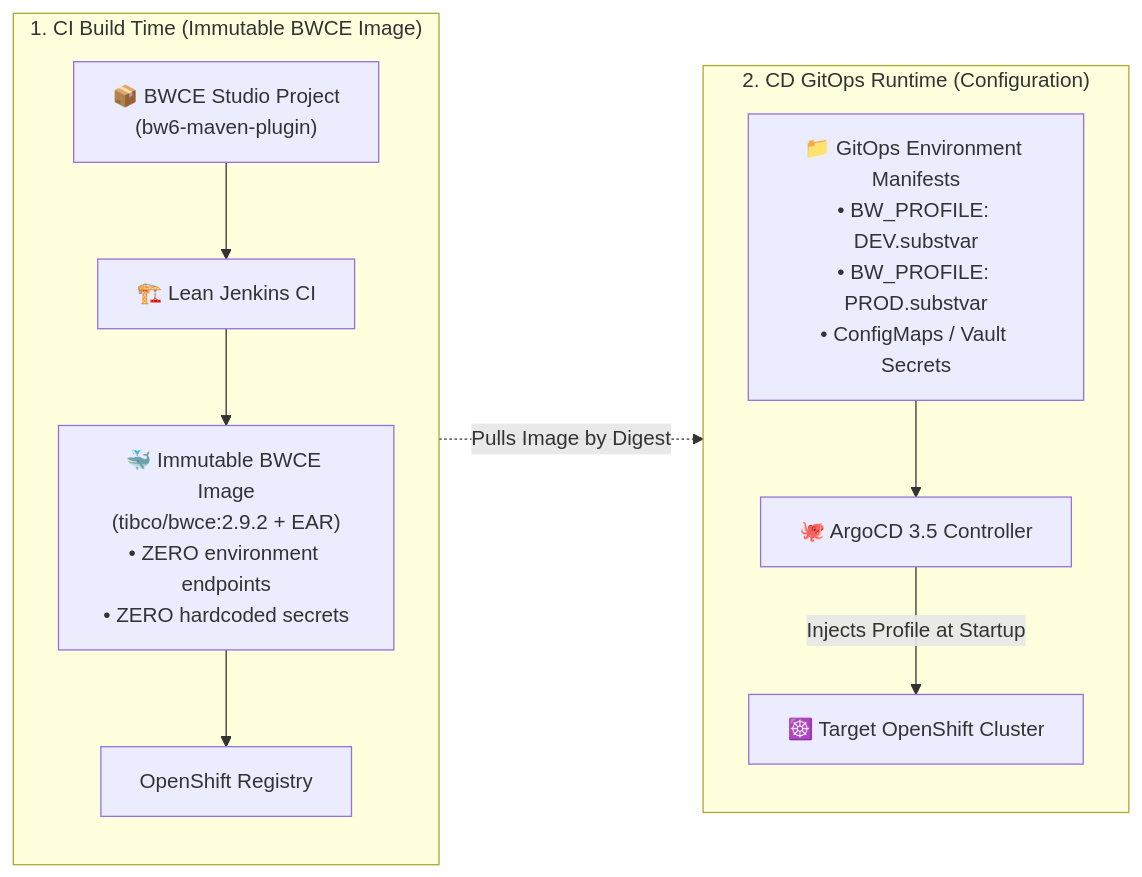
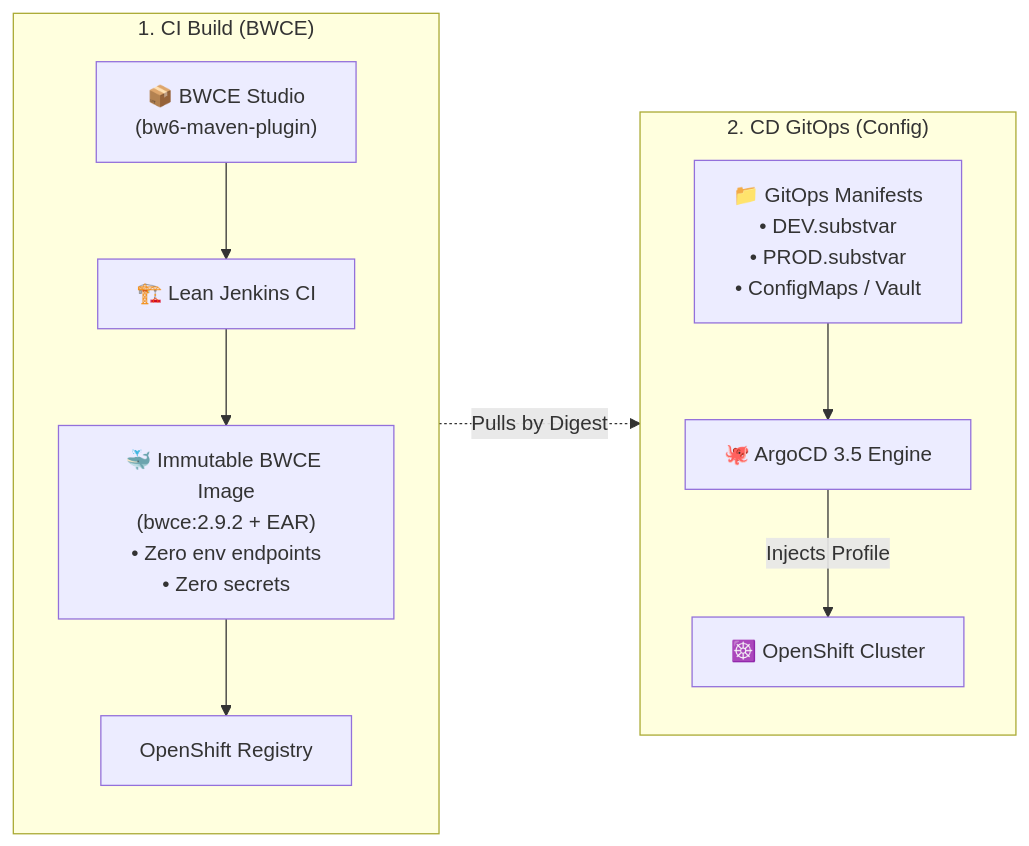
The second of 15 diagrams in README.md (nubenetes/jenkins-without-git-parameter-bwce), drawn with Mermaid before and after one commit. The commit also changed other lines of this file, not shown here.

Commit message:
fix(mermaid): enforce hard 20-char line limit on all diagram nodes to permanently prevent text clipping on GitHub

````diff
--- a/README.md
+++ b/README.md
@@ -285,21 +285,21 @@
 ```mermaid
 flowchart LR
-    subgraph BuildTime["1. CI Build Time (Immutable BWCE Image)"]
+    subgraph BuildTime["1. CI Build (BWCE)"]
         direction TB
-        Code["📦 BWCE Studio Project<br/>(bw6-maven-plugin)"] --> Build["🏗️ Lean Jenkins CI"]
-        Build --> Image["🐳 Immutable BWCE Image<br/>(tibco/bwce:2.9.2 + EAR)<br/>• ZERO environment endpoints<br/>• ZERO hardcoded secrets"]
+        Code["📦 BWCE Studio<br/>(bw6-maven-plugin)"] --> Build["🏗️ Lean Jenkins CI"]
+        Build --> Image["🐳 Immutable BWCE Image<br/>(bwce:2.9.2 + EAR)<br/>• Zero env endpoints<br/>• Zero secrets"]
         Image --> Registry["OpenShift Registry"]
     end
 
-    subgraph Runtime["2. CD GitOps Runtime (Configuration)"]
+    subgraph Runtime["2. CD GitOps (Config)"]
         direction TB
-        Overlays["📁 GitOps Environment Manifests<br/>• BW_PROFILE: DEV.substvar<br/>• BW_PROFILE: PROD.substvar<br/>• ConfigMaps / Vault Secrets"]
-        ArgoCD["🐙 ArgoCD 3.5 Controller"]
-        Cluster["☸️ Target OpenShift Cluster"]
+        Overlays["📁 GitOps Manifests<br/>• DEV.substvar<br/>• PROD.substvar<br/>• ConfigMaps / Vault"]
+        ArgoCD["🐙 ArgoCD 3.5 Engine"]
+        Cluster["☸️ OpenShift Cluster"]
         
         Overlays --> ArgoCD
-        ArgoCD -->|"Injects Profile at Startup"| Cluster
+        ArgoCD -->|"Injects Profile"| Cluster
     end
 
-    Registry -.->|"Pulls Image by Digest"| Cluster
+    Registry -.->|"Pulls by Digest"| Cluster
 ```
````
